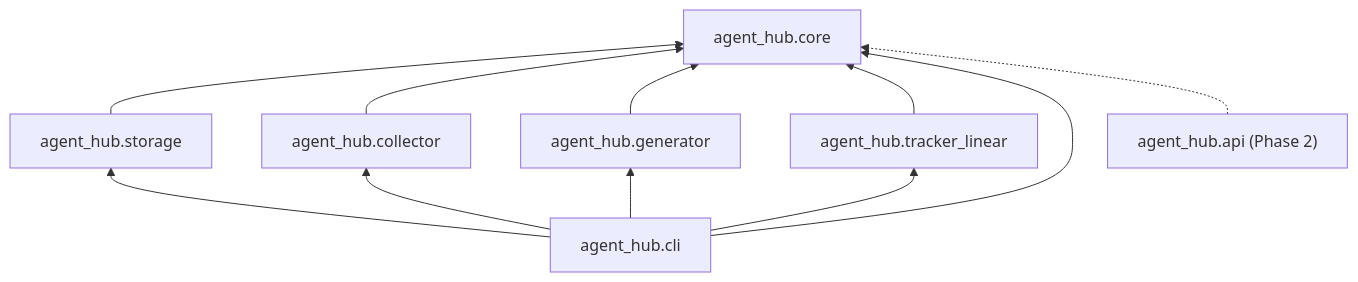
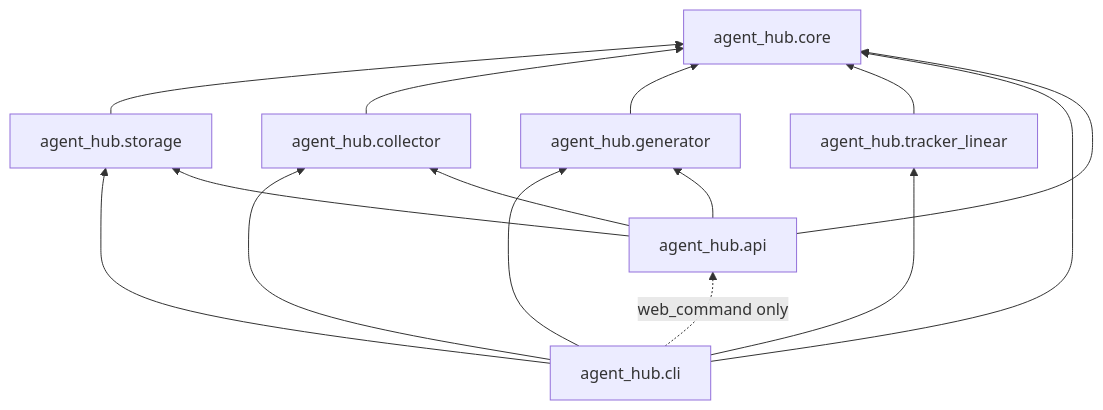
Before and after one commit to jroquette/agent-hub: the first of 2 diagrams in docs/ARCHITECTURE.md, drawn with Mermaid. The commit also changed other lines of this file and 7 other files, not shown here.

Commit message:
docs(docs): SPEC, API, architecture, testing and using guide for the control plane (AGH-200)

````diff
--- a/docs/ARCHITECTURE.md
+++ b/docs/ARCHITECTURE.md
@@ -59,13 +67,17 @@
 ```mermaid
 flowchart BT
   storage[agent_hub.storage] --> core[agent_hub.core]
   collector[agent_hub.collector] --> core
   generator[agent_hub.generator] --> core
   tracker_linear[agent_hub.tracker_linear] --> core
   cli[agent_hub.cli] --> core
   cli --> storage
   cli --> collector
   cli --> generator
   cli --> tracker_linear
-  api["agent_hub.api (Phase 2)"] -.-> core
+  api[agent_hub.api] --> core
+  api --> storage
+  api --> collector
+  api --> generator
+  cli -. "web_command only" .-> api
 ```
````
